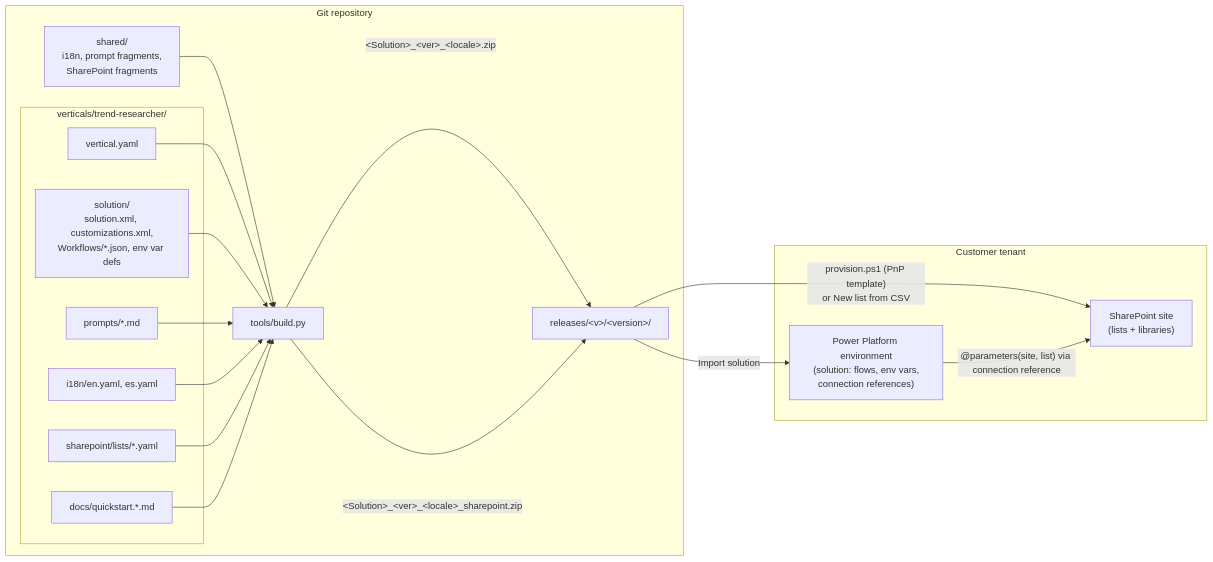
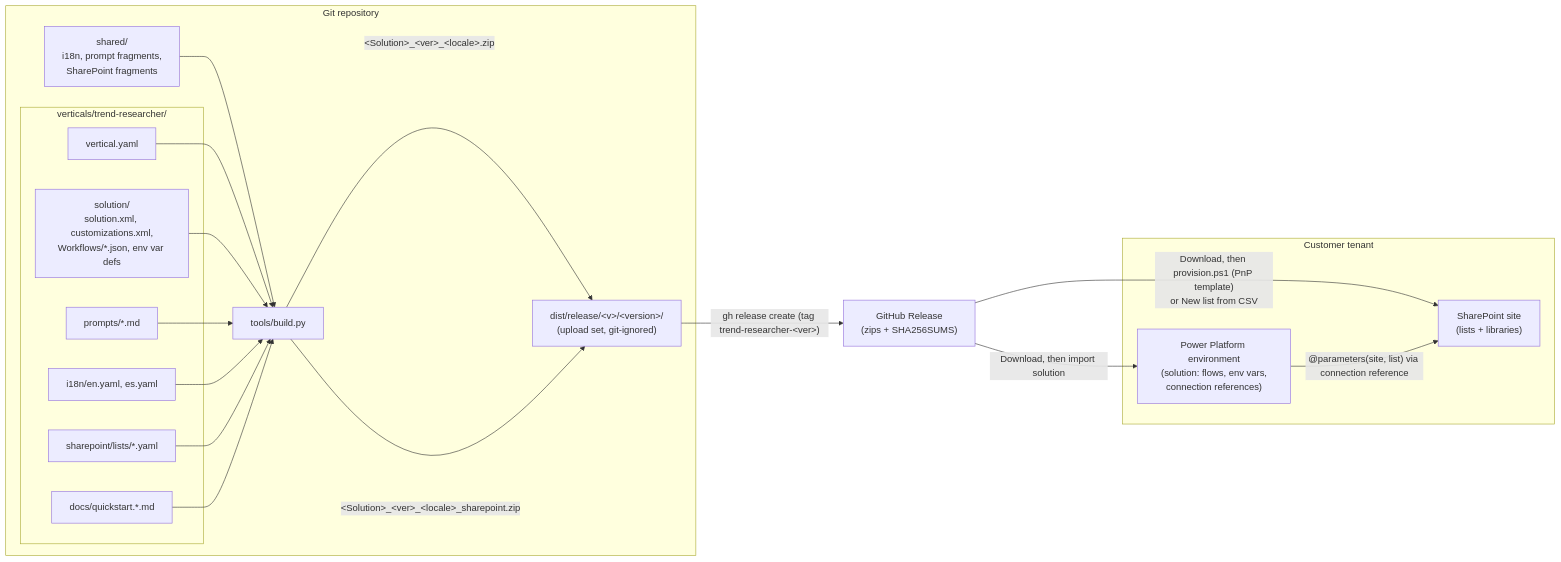
One commit to AIMagicFlow/copilot-workflows changed the first of 2 diagrams in docs/architecture.md. Above: the diagram before and after it, drawn with Mermaid. The commit also changed other lines of this file and 29 other files, not shown here.

First line of the commit message:
release: publish Trend Researcher zips as GitHub Releases, not committed files

````diff
--- a/docs/architecture.md
+++ b/docs/architecture.md
@@ -14,32 +14,33 @@
 ```mermaid
 flowchart LR
     subgraph repo["Git repository"]
         shared["shared/<br/>i18n, prompt fragments,<br/>SharePoint fragments"]
         subgraph vertical["verticals/trend-researcher/"]
             manifest["vertical.yaml"]
             sol["solution/<br/>solution.xml, customizations.xml,<br/>Workflows/*.json, env var defs"]
             prompts["prompts/*.md"]
             i18n["i18n/en.yaml, es.yaml"]
             lists["sharepoint/lists/*.yaml"]
             docs["docs/quickstart.*.md"]
         end
         build["tools/build.py"]
-        releases["releases/&lt;v&gt;/&lt;version&gt;/"]
+        release["dist/release/&lt;v&gt;/&lt;version&gt;/<br/>(upload set, git-ignored)"]
     end
     subgraph tenant["Customer tenant"]
         pp["Power Platform environment<br/>(solution: flows, env vars,<br/>connection references)"]
         sp["SharePoint site<br/>(lists + libraries)"]
     end
     shared --> build
     manifest --> build
     sol --> build
     prompts --> build
     i18n --> build
     lists --> build
     docs --> build
-    build -->|"&lt;Solution&gt;_&lt;ver&gt;_&lt;locale&gt;.zip"| releases
-    build -->|"&lt;Solution&gt;_&lt;ver&gt;_&lt;locale&gt;_sharepoint.zip"| releases
-    releases -->|"Import solution"| pp
-    releases -->|"provision.ps1 (PnP template)<br/>or New list from CSV"| sp
+    build -->|"&lt;Solution&gt;_&lt;ver&gt;_&lt;locale&gt;.zip"| release
+    build -->|"&lt;Solution&gt;_&lt;ver&gt;_&lt;locale&gt;_sharepoint.zip"| release
+    release -->|"gh release create (tag trend-researcher-&lt;ver&gt;)"| gh["GitHub Release<br/>(zips + SHA256SUMS)"]
+    gh -->|"Download, then import solution"| pp
+    gh -->|"Download, then provision.ps1 (PnP template)<br/>or New list from CSV"| sp
     pp -->|"@parameters(site, list) via connection reference"| sp
 ```
````
